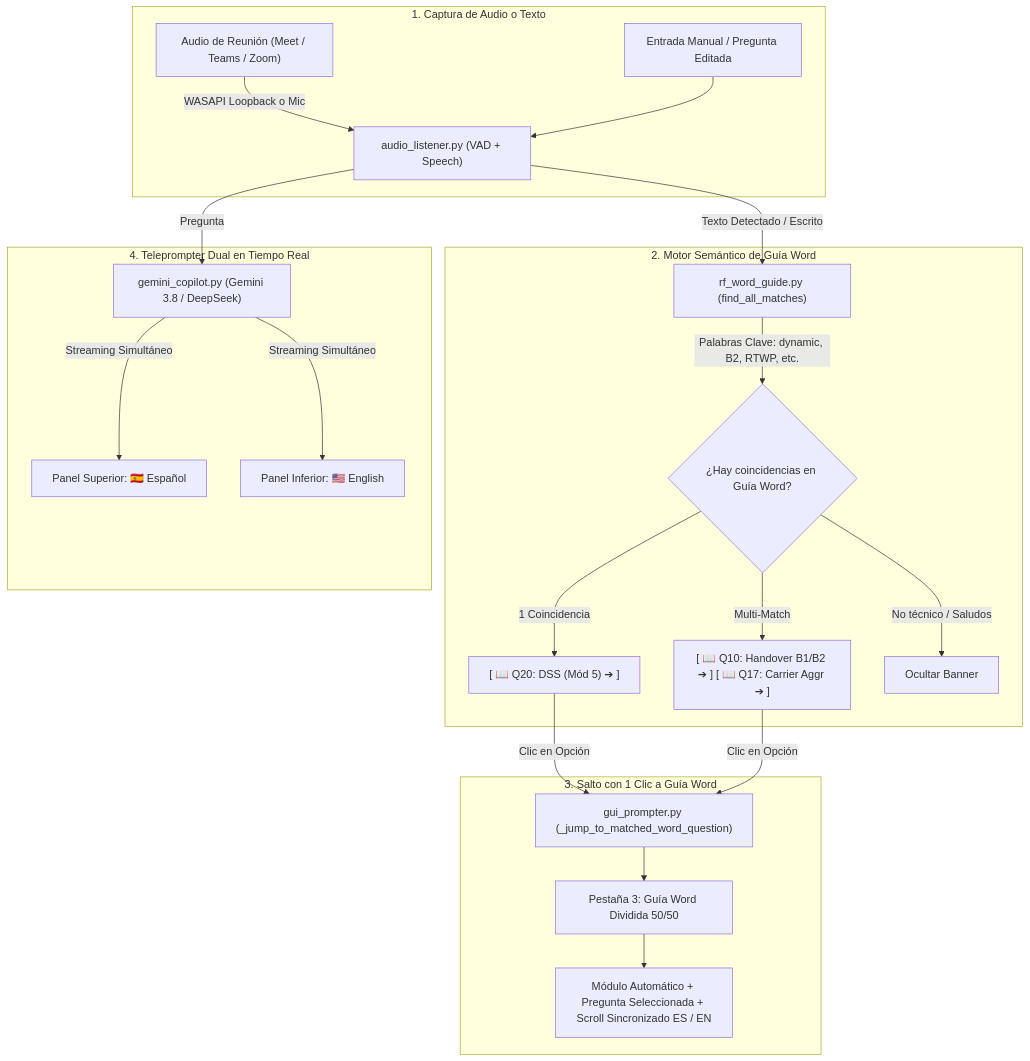
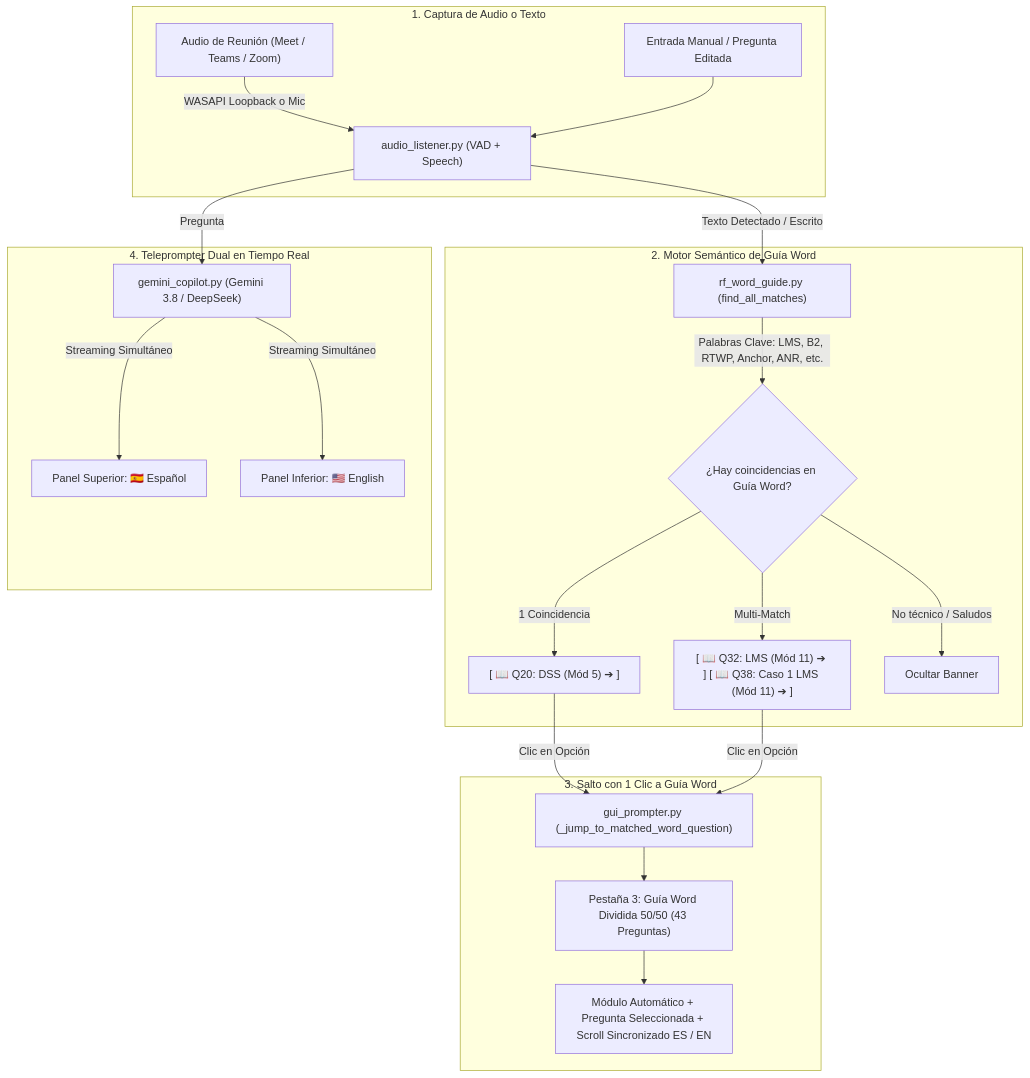
The diagram in README.md (GhostLT/Contestar-Entrevista), drawn with Mermaid before and after one commit. The commit also changed other lines of this file and 4 other files, not shown here.

Commit message:
feat(guide): ampliar guia a 12 modulos y 43 preguntas con LMS, movilidad 5G NSA, KPIs, features Ericsson, troubleshooting PIM/RTWP, herramientas y 3 casos practicos reales (2022-2026)

````diff
--- a/README.md
+++ b/README.md
@@ -81,28 +161,28 @@
 ```mermaid
 flowchart TD
     subgraph AudioYEntrada["1. Captura de Audio o Texto"]
         A["Audio de Reunión (Meet / Teams / Zoom)"] -->|WASAPI Loopback o Mic| B["audio_listener.py (VAD + Speech)"]
         T["Entrada Manual / Pregunta Editada"] --> B
     end
 
     subgraph DeteccionTematica["2. Motor Semántico de Guía Word"]
         B -->|Texto Detectado / Escrito| W["rf_word_guide.py (find_all_matches)"]
-        W -->|Palabras Clave: dynamic, B2, RTWP, etc.| M{"¿Hay coincidencias en Guía Word?"}
+        W -->|Palabras Clave: LMS, B2, RTWP, Anchor, ANR, etc.| M{"¿Hay coincidencias en Guía Word?"}
         M -->|1 Coincidencia| C1["[ 📖 Q20: DSS (Mód 5) ➔ ]"]
-        M -->|Multi-Match| C2["[ 📖 Q10: Handover B1/B2 ➔ ] [ 📖 Q17: Carrier Aggr ➔ ]"]
+        M -->|Multi-Match| C2["[ 📖 Q32: LMS (Mód 11) ➔ ] [ 📖 Q38: Caso 1 LMS (Mód 11) ➔ ]"]
         M -->|No técnico / Saludos| NH["Ocultar Banner"]
     end
 
     subgraph NavegacionInteractiva["3. Salto con 1 Clic a Guía Word"]
         C1 -->|Clic en Opción| G["gui_prompter.py (_jump_to_matched_word_question)"]
         C2 -->|Clic en Opción| G
-        G --> Tab3["Pestaña 3: Guía Word Dividida 50/50"]
+        G --> Tab3["Pestaña 3: Guía Word Dividida 50/50 (43 Preguntas)"]
         Tab3 --> Sync["Módulo Automático + Pregunta Seleccionada + Scroll Sincronizado ES / EN"]
     end
 
     subgraph GeneracionDual["4. Teleprompter Dual en Tiempo Real"]
         B -->|Pregunta| AI["gemini_copilot.py (Gemini 3.8 / DeepSeek)"]
         AI -->|Streaming Simultáneo| P1["Panel Superior: 🇪🇸 Español"]
         AI -->|Streaming Simultáneo| P2["Panel Inferior: 🇺🇸 English"]
     end
 ```
````
